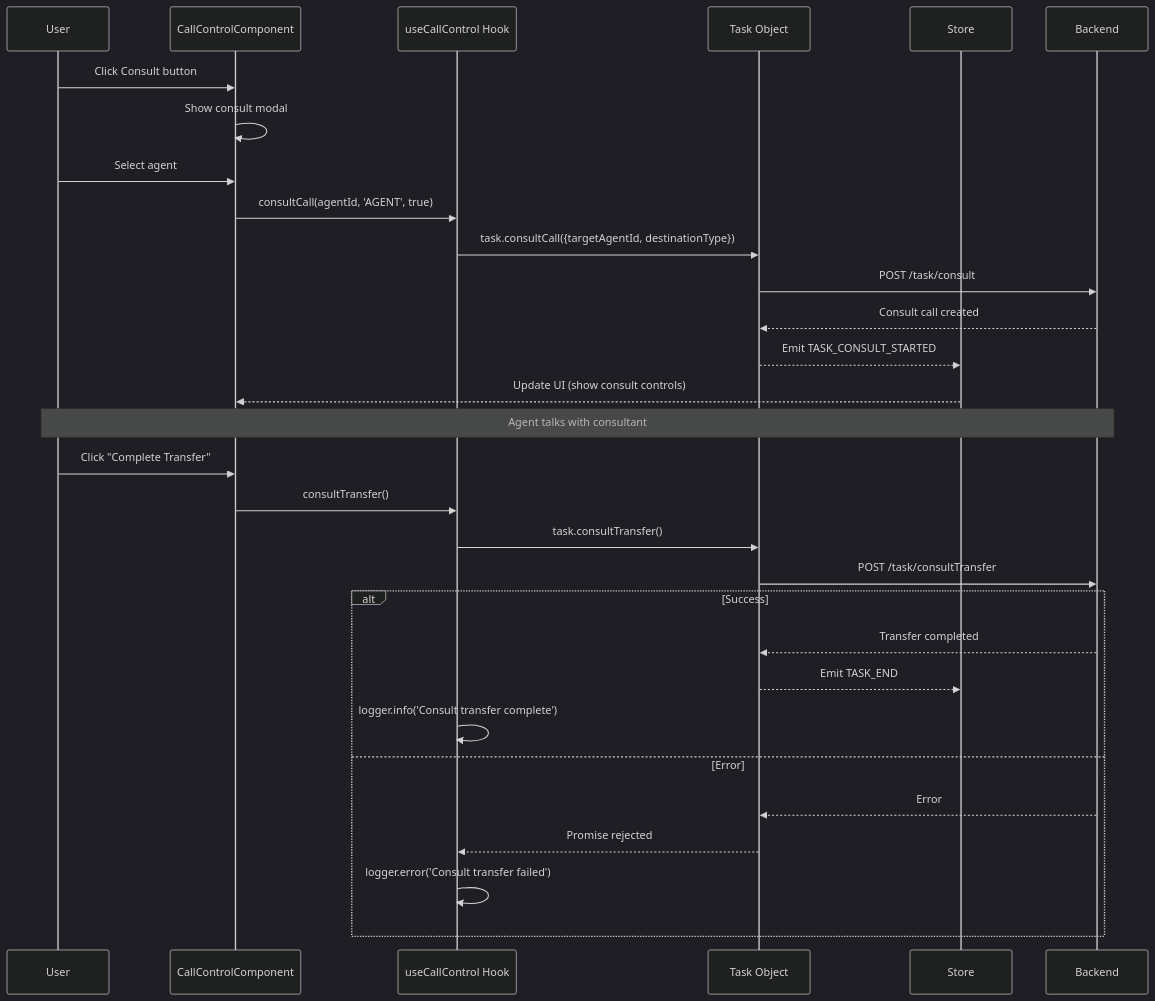
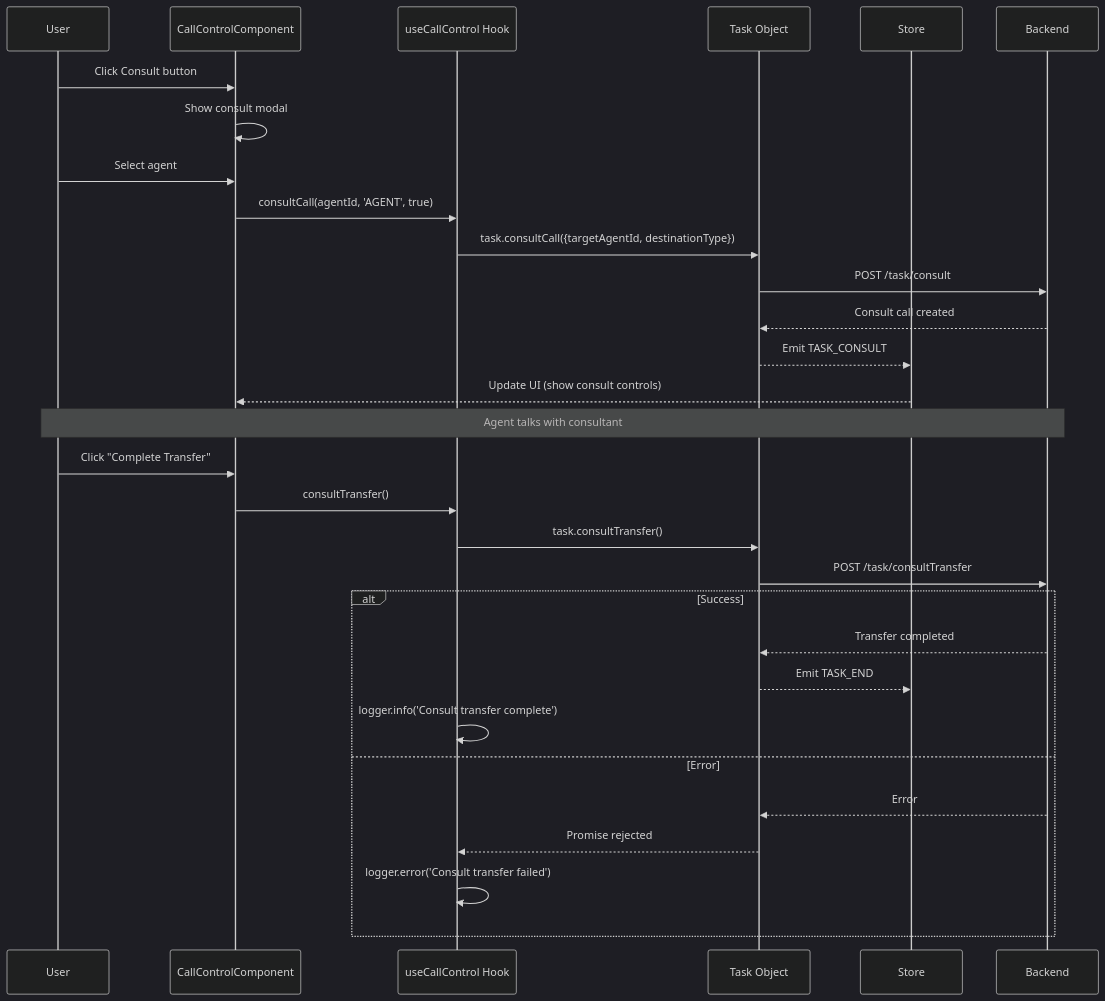
The fourth of 7 diagrams in packages/contact-center/task/ai-docs/widgets/CallControl/ARCHITECTURE.md (webex/widgets), drawn with Mermaid (dark theme) before and after one commit.

Commit message:
docs(task): review-comment

````diff
--- a/packages/contact-center/task/ai-docs/widgets/CallControl/ARCHITECTURE.md
+++ b/packages/contact-center/task/ai-docs/widgets/CallControl/ARCHITECTURE.md
@@ -153,35 +153,35 @@
 ```mermaid
 sequenceDiagram
     participant U as User
     participant C as CallControlComponent
     participant H as useCallControl Hook
     participant T as Task Object
     participant S as Store
     participant B as Backend
 
     U->>C: Click Consult button
     C->>C: Show consult modal
     U->>C: Select agent
     C->>H: consultCall(agentId, 'AGENT', true)
     H->>T: task.consultCall({targetAgentId, destinationType})
     T->>B: POST /task/consult
     B-->>T: Consult call created
-    T-->>S: Emit TASK_CONSULT_STARTED
+    T-->>S: Emit TASK_CONSULT
     S-->>C: Update UI (show consult controls)
 
     Note over U,B: Agent talks with consultant
 
     U->>C: Click "Complete Transfer"
     C->>H: consultTransfer()
     H->>T: task.consultTransfer()
     T->>B: POST /task/consultTransfer
     alt Success
         B-->>T: Transfer completed
         T-->>S: Emit TASK_END
         H->>H: logger.info('Consult transfer complete')
     else Error
         B-->>T: Error
         T-->>H: Promise rejected
         H->>H: logger.error('Consult transfer failed')
     end
 ```
````
